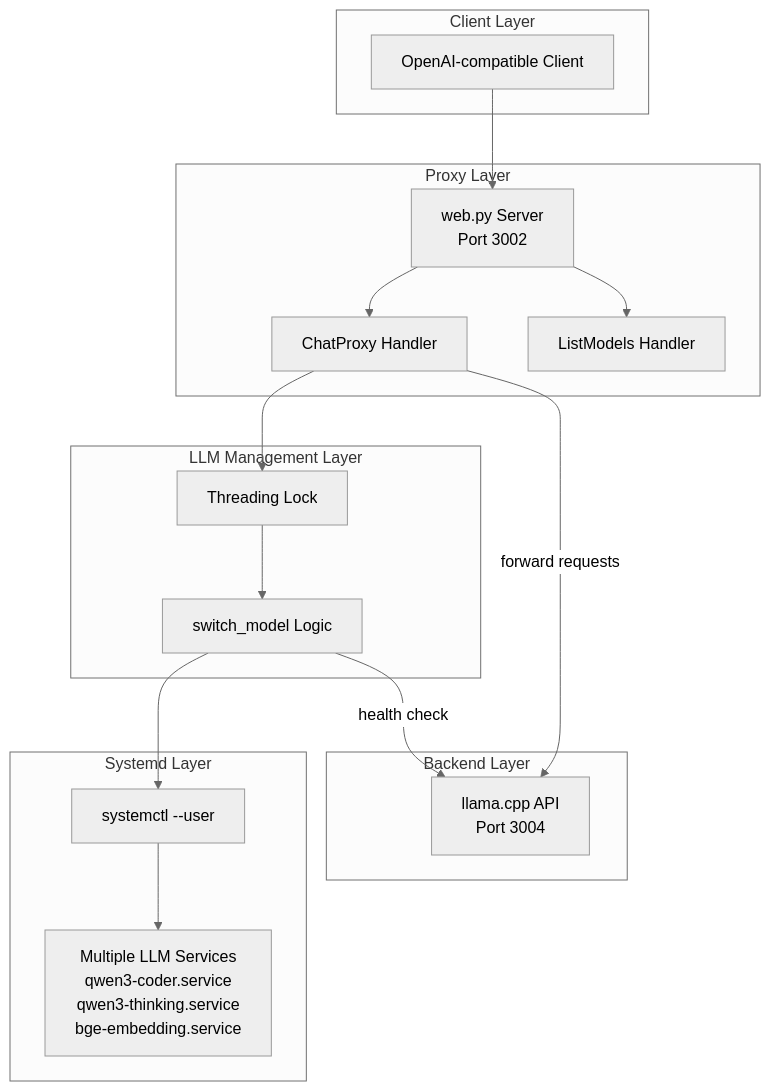
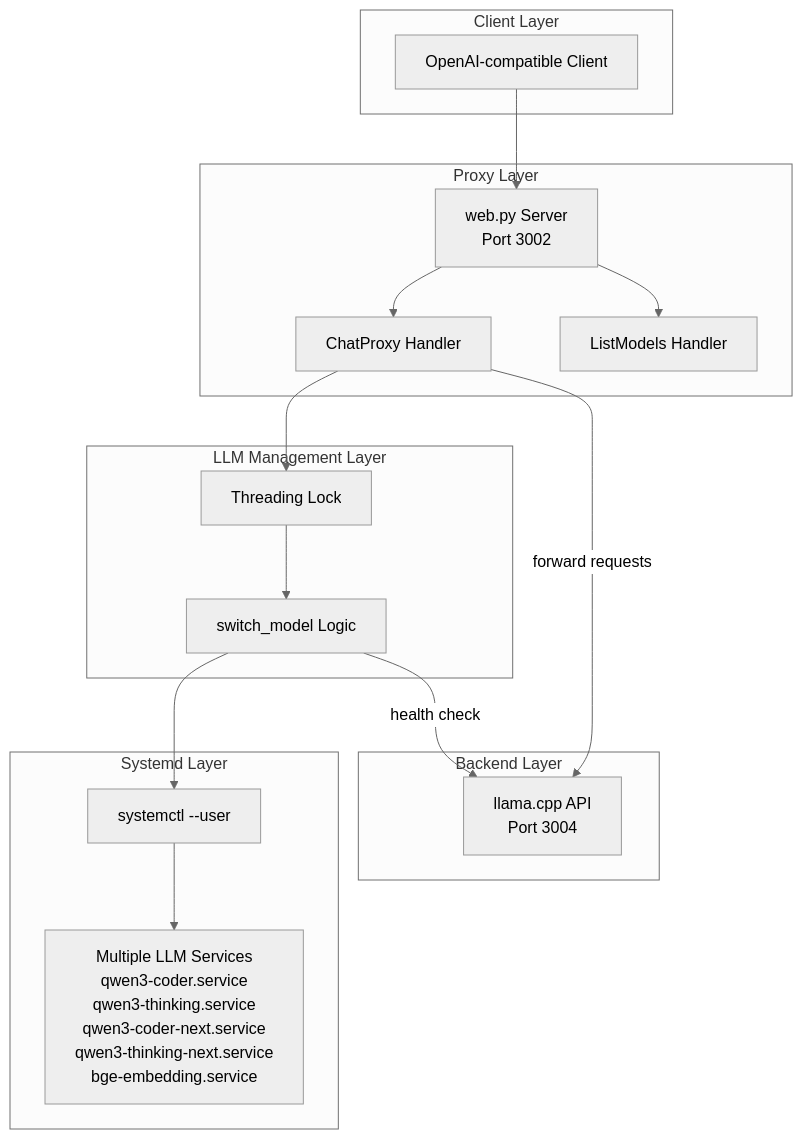
The diagram in README.md (ladislav-danis/systemd-llm-switch), drawn with Mermaid (neutral theme) before and after one commit. The commit also changed other lines of this file, not shown here.

Commit message:
feat: add support for Qwen3-Coder-80B and Qwen3-Thinking-80B services

````diff
--- a/README.md
+++ b/README.md
@@ -38,36 +38,36 @@
 ```mermaid
 flowchart TD
     subgraph "Client Layer"
         Client[OpenAI-compatible Client]
     end
     
     subgraph "Proxy Layer"
         WebPy[web.py Server<br/>Port 3002]
         ChatProxy[ChatProxy Handler]
         ListModels[ListModels Handler]
     end
     
     subgraph "LLM Management Layer"
         Lock[Threading Lock]
         Switcher[switch_model Logic]
     end
     
     subgraph "Systemd Layer"
         Systemctl[systemctl --user]
-        Services[Multiple LLM Services<br/>qwen3-coder.service<br/>qwen3-thinking.service<br/>bge-embedding.service]
+        Services[Multiple LLM Services<br/>qwen3-coder.service<br/>qwen3-thinking.service<br/>qwen3-coder-next.service<br/>qwen3-thinking-next.service<br/>bge-embedding.service]
     end
     
     subgraph "Backend Layer"
         Llama[llama.cpp API<br/>Port 3004]
     end
     
     Client --> WebPy
     WebPy --> ChatProxy
     WebPy --> ListModels
     ChatProxy --> Lock
     Lock --> Switcher
     Switcher --> Systemctl
     Systemctl --> Services
     Switcher -->|health check| Llama
     ChatProxy -->|forward requests| Llama
 ```
````
